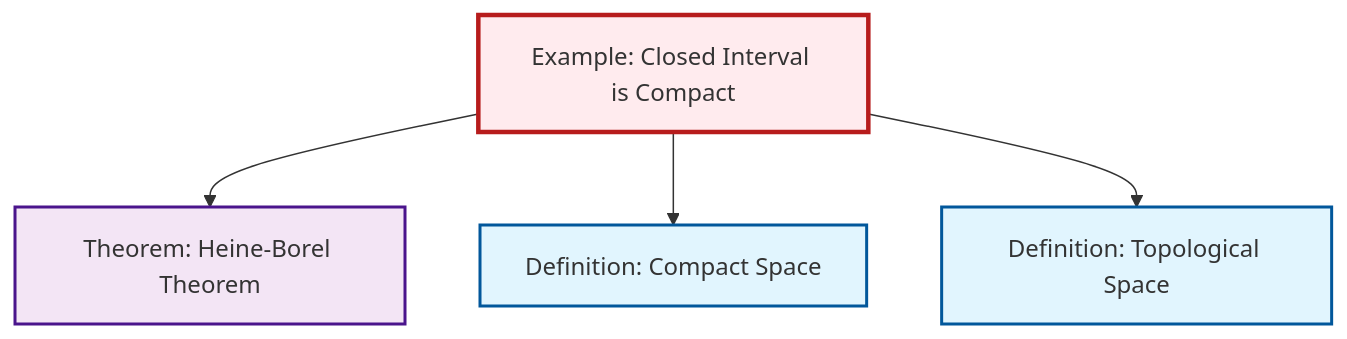
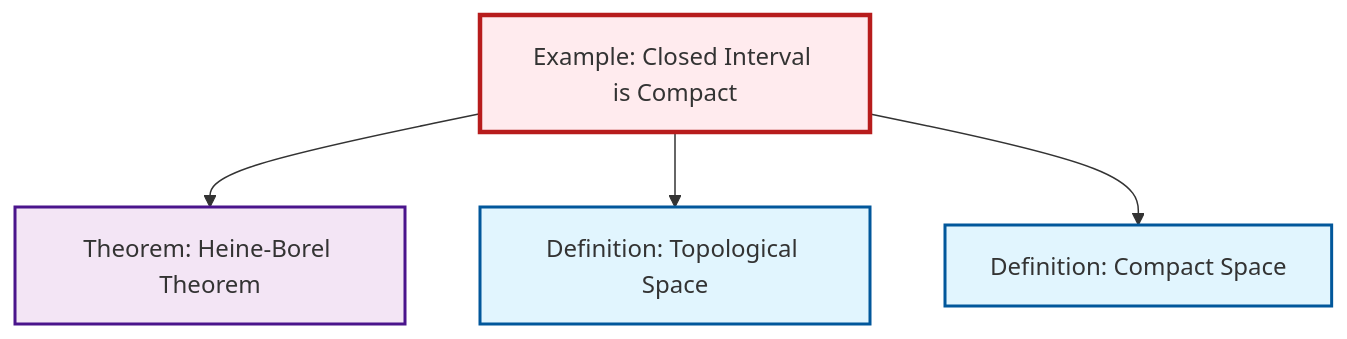
Before and after one commit to RK0429/ModernMath: the diagram in content/en/topology/ex-closed-interval-compact.qmd, drawn with Mermaid. The commit also changed other lines of this file and 360 other files, not shown here.

````diff
--- a/content/en/topology/ex-closed-interval-compact.qmd
+++ b/content/en/topology/ex-closed-interval-compact.qmd
@@ -54,20 +54,20 @@
 ```{mermaid}
 %%| fig-cap: "Local dependency graph"
 graph TD
     classDef definition fill:#e1f5fe,stroke:#01579b,stroke-width:2px
     classDef theorem fill:#f3e5f5,stroke:#4a148c,stroke-width:2px
     classDef axiom fill:#fff3e0,stroke:#e65100,stroke-width:2px
     classDef example fill:#e8f5e9,stroke:#1b5e20,stroke-width:2px
     classDef current fill:#ffebee,stroke:#b71c1c,stroke-width:3px
+    ex-closed-interval-compact["Example: Closed Interval is Compact"]:::example
     def-compact["Definition: Compact Space"]:::definition
-    ex-closed-interval-compact["Example: Closed Interval is Compact"]:::example
+    def-topological-space["Definition: Topological Space"]:::definition
     thm-heine-borel["Theorem: Heine-Borel Theorem"]:::theorem
-    def-topological-space["Definition: Topological Space"]:::definition
     ex-closed-interval-compact --> thm-heine-borel
+    ex-closed-interval-compact --> def-topological-space
     ex-closed-interval-compact --> def-compact
-    ex-closed-interval-compact --> def-topological-space
     class ex-closed-interval-compact current
     click def-compact "def-compact.html" "Go to Compact Space definition"
+    click def-topological-space "def-topological-space.html" "Go to Topological Space definition"
     click thm-heine-borel "thm-heine-borel.html" "Go to Heine-Borel Theorem theorem"
-    click def-topological-space "def-topological-space.html" "Go to Topological Space definition"
 ```
````
